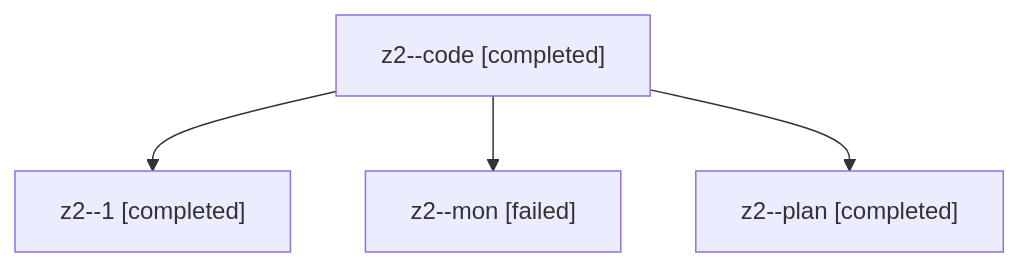
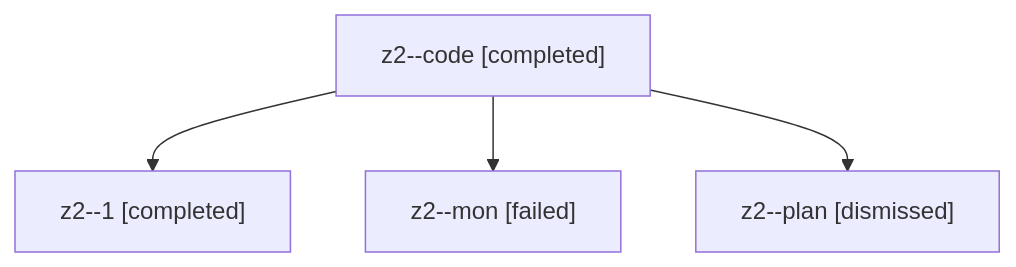
One commit to sase-org/sase--agents changed the diagram in families/bbugyi200.athena.z2.md. Above: the diagram before and after it, drawn with Mermaid. The commit also changed other lines of this file and 1178 other files, not shown here.

````diff
--- a/families/bbugyi200.athena.z2.md
+++ b/families/bbugyi200.athena.z2.md
@@ -9,10 +9,10 @@
 ```mermaid
 flowchart TD
   n0["z2--code [completed]"]
   n1["z2--1 [completed]"]
   n0 --> n1
   n2["z2--mon [failed]"]
   n0 --> n2
-  n3["z2--plan [completed]"]
+  n3["z2--plan [dismissed]"]
   n0 --> n3
 ```
````
